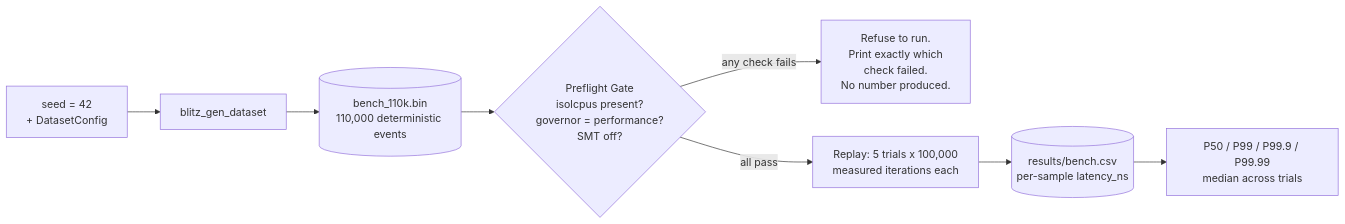
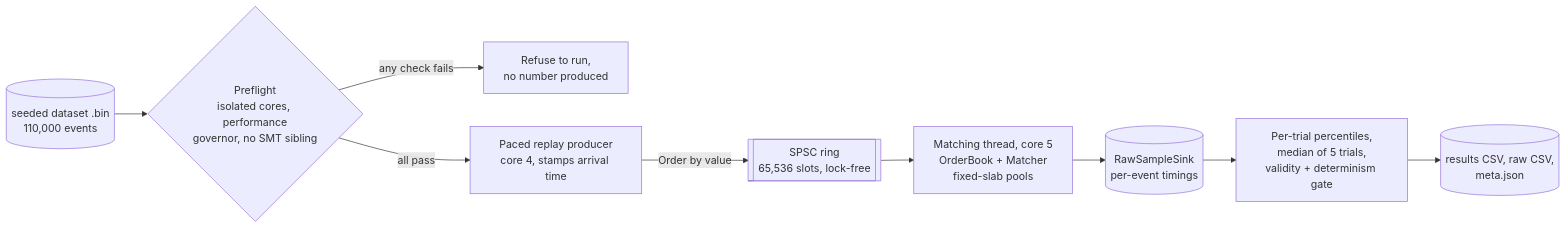
The diagram in README.md (Shri2909/Blitz-Limit-Order-Book), drawn with Mermaid before and after one commit. The commit also changed other lines of this file and 11 other files, not shown here.

First line of the commit message:
docs: rewrite README, ARCHITECTURE and METHODOLOGY for a short skim

````diff
--- a/README.md
+++ b/README.md
@@ -138,11 +28,11 @@
 ```mermaid
 flowchart LR
-    CFG["seed = 42\n+ DatasetConfig"] --> GEN["blitz_gen_dataset"]
-    GEN --> BIN[("bench_110k.bin\n110,000 deterministic events")]
-
-    BIN --> GATE{"Preflight Gate\nisolcpus present?\ngovernor = performance?\nSMT off?"}
-    GATE -->|"any check fails"| ABORT["Refuse to run.\nPrint exactly which\ncheck failed.\nNo number produced."]
-    GATE -->|"all pass"| REPLAY["Replay: 5 trials x 100,000\nmeasured iterations each"]
-    REPLAY --> CSV[("results/bench.csv\nper-sample latency_ns")]
-    CSV --> PCT["P50 / P99 / P99.9 / P99.99\nmedian across trials"]
+    DS[("seeded dataset .bin<br/>110,000 events")] --> PRE{"Preflight<br/>isolated cores, performance<br/>governor, no SMT sibling"}
+    PRE -->|"any check fails"| STOP["Refuse to run,<br/>no number produced"]
+    PRE -->|"all pass"| PROD["Paced replay producer<br/>core 4, stamps arrival time"]
+    PROD -->|"Order by value"| Q[["SPSC ring<br/>65,536 slots, lock-free"]]
+    Q --> M["Matching thread, core 5<br/>OrderBook + Matcher<br/>fixed-slab pools"]
+    M --> S[("RawSampleSink<br/>per-event timings")]
+    S --> R["Per-trial percentiles,<br/>median of 5 trials,<br/>validity + determinism gate"]
+    R --> OUT[("results CSV, raw CSV,<br/>meta.json")]
 ```
````
